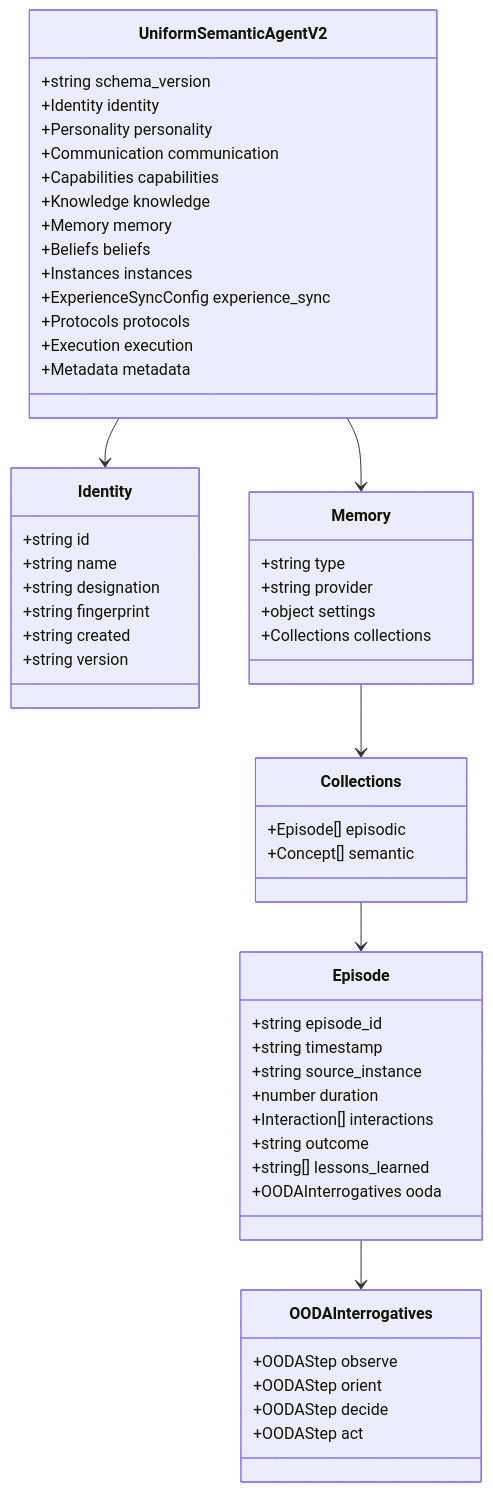
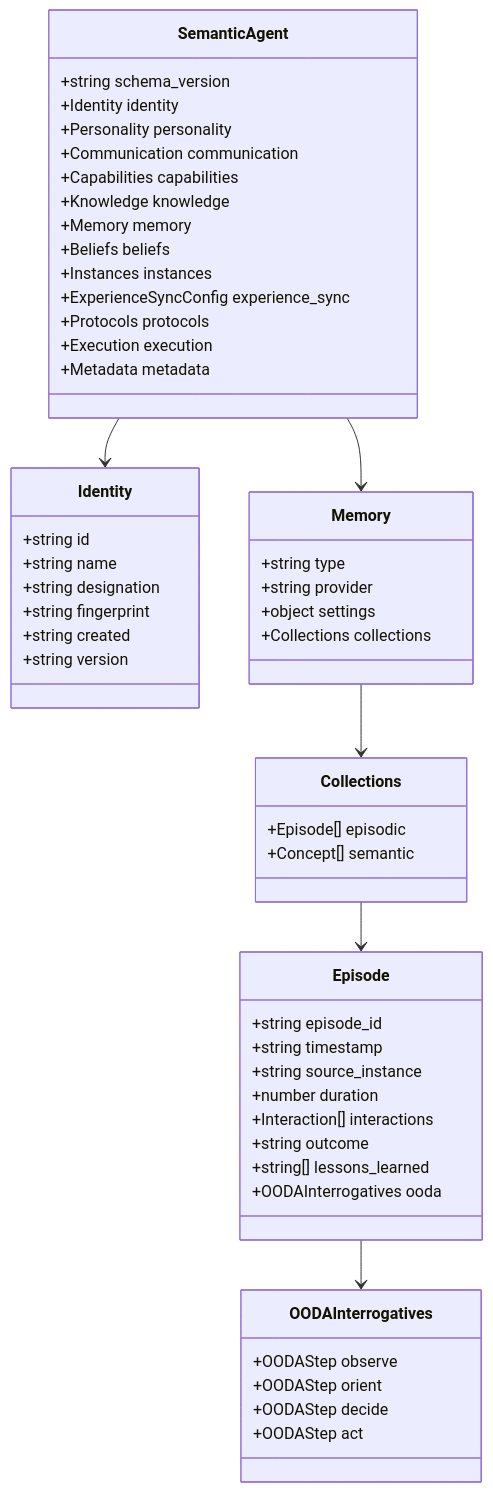
One commit to Replicant-Partners/Chrysalis changed the sixth of 7 diagrams in ARCHITECTURE.md. Above: the diagram before and after it, drawn with Mermaid. The commit also changed other lines of this file and 1 other file, not shown here.

First line of the commit message:
docs: update naming to SemanticAgent throughout documentation

````diff
--- a/ARCHITECTURE.md
+++ b/ARCHITECTURE.md
@@ -302,63 +302,63 @@
 ```mermaid
 classDiagram
-    class UniformSemanticAgentV2 {
+    class SemanticAgent {
         +string schema_version
         +Identity identity
         +Personality personality
         +Communication communication
         +Capabilities capabilities
         +Knowledge knowledge
         +Memory memory
         +Beliefs beliefs
         +Instances instances
         +ExperienceSyncConfig experience_sync
         +Protocols protocols
         +Execution execution
         +Metadata metadata
     }
 
     class Identity {
         +string id
         +string name
         +string designation
         +string fingerprint
         +string created
         +string version
     }
 
     class Memory {
         +string type
         +string provider
         +object settings
         +Collections collections
     }
 
     class Collections {
         +Episode[] episodic
         +Concept[] semantic
     }
 
     class Episode {
         +string episode_id
         +string timestamp
         +string source_instance
         +number duration
         +Interaction[] interactions
         +string outcome
         +string[] lessons_learned
         +OODAInterrogatives ooda
     }
 
     class OODAInterrogatives {
         +OODAStep observe
         +OODAStep orient
         +OODAStep decide
         +OODAStep act
     }
 
-    UniformSemanticAgentV2 --> Identity
-    UniformSemanticAgentV2 --> Memory
+    SemanticAgent --> Identity
+    SemanticAgent --> Memory
     Memory --> Collections
     Collections --> Episode
     Episode --> OODAInterrogatives
 ```
````
